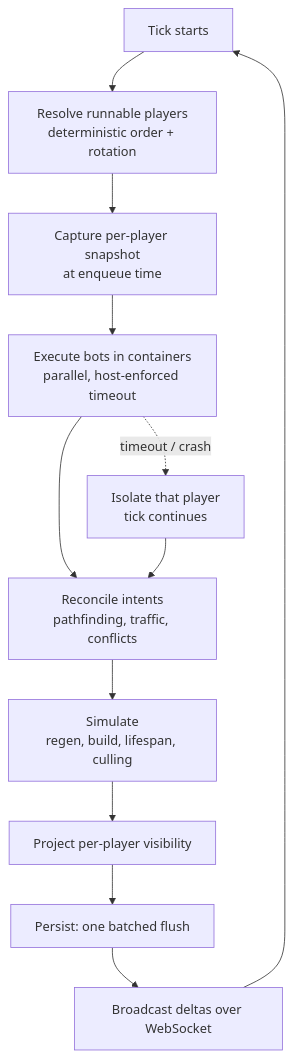
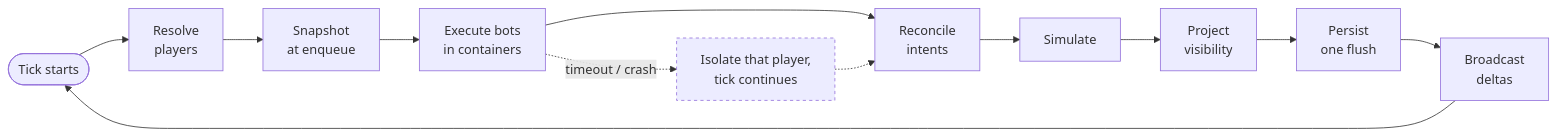
One commit to Edes0/polyglot-tick-engine changed the diagram in README.md. Above: the diagram before and after it, drawn with Mermaid. The commit also changed 1 other file, not shown here.

Commit message:
Compact the tick diagram; keep the language bar honest
The README flowchart was a nine-node vertical chain that pushed a screen and
a half of scrolling between the heading and the text below it. Horizontal
layout with shorter labels says the same thing in one band.

Mark the published API reference as documentation so GitHub stops reporting
the repo as "HTML 100%" — there is no project source here to measure.

````diff
--- a/README.md
+++ b/README.md
@@ -48,15 +48,10 @@
 ```mermaid
-flowchart TD
-    A[Tick starts] --> B[Resolve runnable players<br/>deterministic order + rotation]
-    B --> C[Capture per-player snapshot<br/>at enqueue time]
-    C --> D[Execute bots in containers<br/>parallel, host-enforced timeout]
-    D --> E[Reconcile intents<br/>pathfinding, traffic, conflicts]
-    E --> F[Simulate<br/>regen, build, lifespan, culling]
-    F --> G[Project per-player visibility]
-    G --> H[Persist: one batched flush]
-    H --> I[Broadcast deltas over WebSocket]
+flowchart LR
+    A([Tick starts]) --> B[Resolve<br/>players] --> C[Snapshot<br/>at enqueue] --> D[Execute bots<br/>in containers]
+    D --> E[Reconcile<br/>intents] --> F[Simulate] --> G[Project<br/>visibility] --> H[Persist<br/>one flush] --> I[Broadcast<br/>deltas]
     I --> A
 
-    D -.->|timeout / crash| X[Isolate that player<br/>tick continues]
-    X --> E
+    D -.->|timeout / crash| X[Isolate that player,<br/>tick continues] -.-> E
+
+    style X stroke-dasharray: 4
 ```
````
